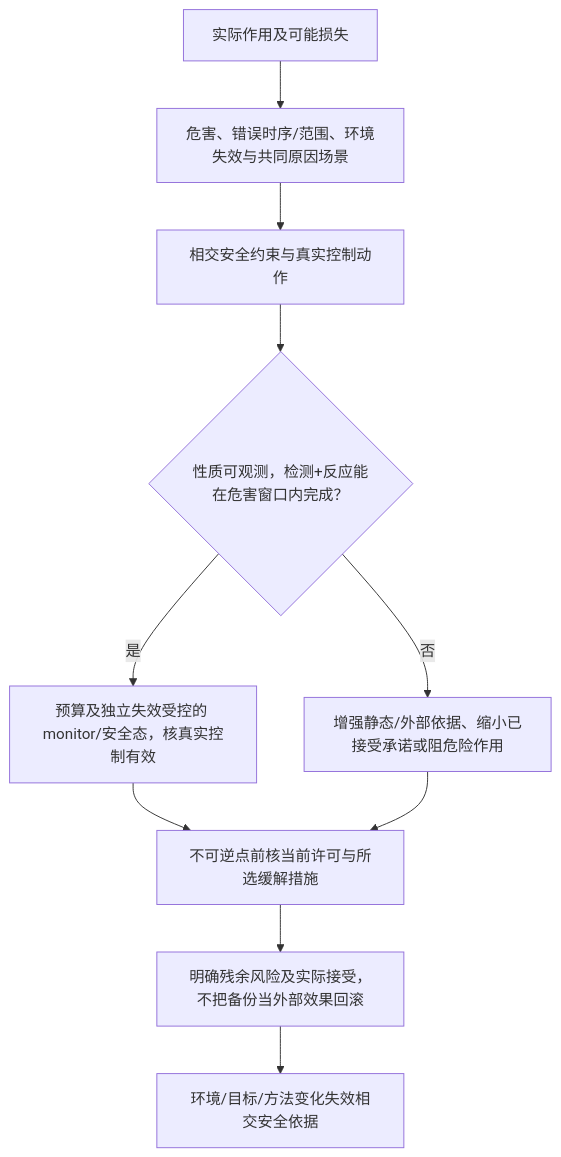
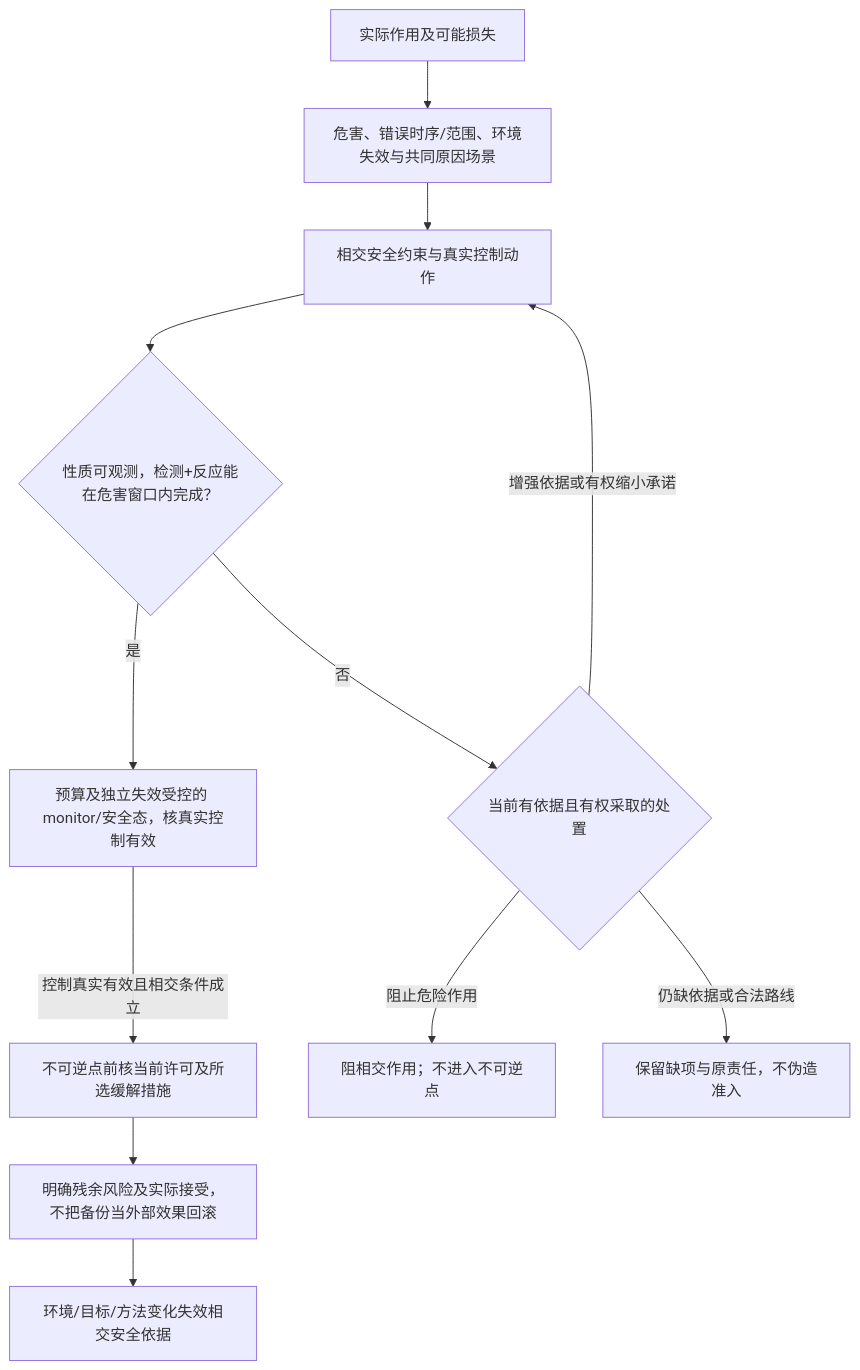
One commit to sec-platform/sec changed the fifth of 9 diagrams in docs/作者/共同语义关系.md. Above: the diagram before and after it, drawn with Mermaid. The commit also changed other lines of this file and 122 other files, not shown here.

First line of the commit message:
docs: unify system diagrams and remove redundant design text (#882)

````diff
--- a/docs/作者/共同语义关系.md
+++ b/docs/作者/共同语义关系.md
@@ -668,12 +670,14 @@
 ```mermaid
 flowchart TB
   effects["实际作用及可能损失"] --> scenarios["危害、错误时序/范围、环境失效与共同原因场景"]
   scenarios --> constraints["相交安全约束与真实控制动作"]
   constraints --> monitor{"性质可观测，检测+反应能在危害窗口内完成？"}
   monitor -->|是| guarded["预算及独立失效受控的 monitor/安全态，核真实控制有效"]
-  monitor -->|否| evidence["增强静态/外部依据、缩小已接受承诺或阻危险作用"]
-  guarded --> boundary["不可逆点前核当前许可与所选缓解措施"]
-  evidence --> boundary
+  monitor -->|否| remedy{"当前有依据且有权采取的处置"}
+  remedy -->|阻止危险作用| blocked["阻相交作用；不进入不可逆点"]
+  remedy -->|增强依据或有权缩小承诺| constraints
+  remedy -->|仍缺依据或合法路线| unresolved["保留缺项与原责任，不伪造准入"]
+  guarded -->|控制真实有效且相交条件成立| boundary["不可逆点前核当前许可及所选缓解措施"]
   boundary --> residual["明确残余风险及实际接受，不把备份当外部效果回滚"]
   residual --> invalidation["环境/目标/方法变化失效相交安全依据"]
 ```
````
